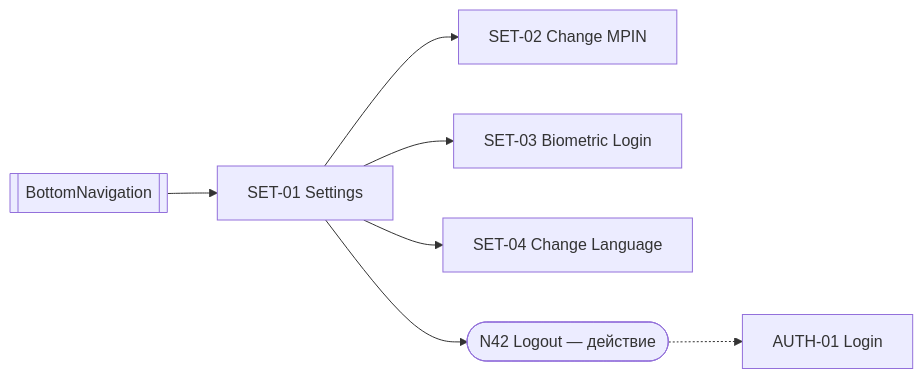
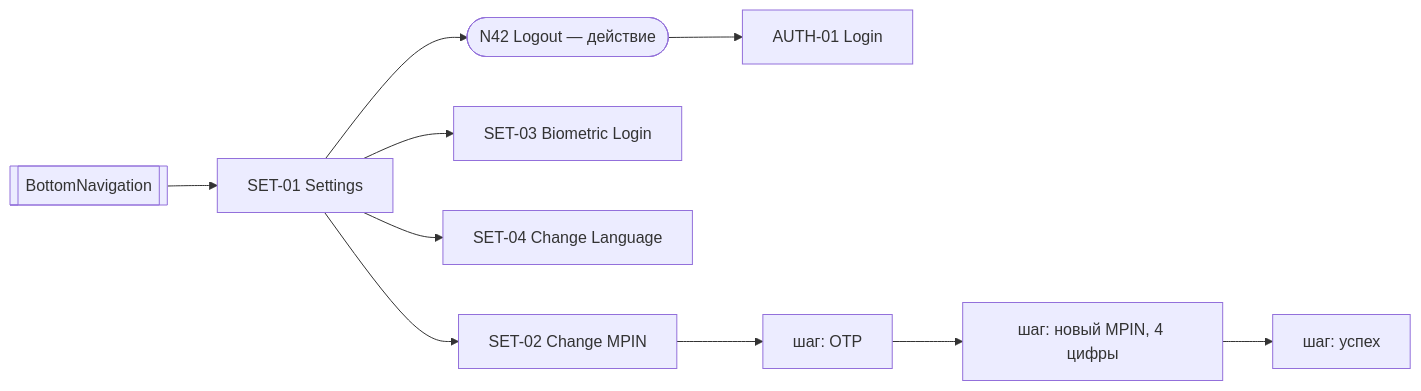
The fifth of 7 diagrams in docs/ui/USER_FLOWS.md (Shustrjak/claude_repo), drawn with Mermaid before and after one commit. The commit also changed other lines of this file and 6 other files, not shown here.

First line of the commit message:
Apply decisions D-07..D-15 to UI spec and roadmap

````diff
--- a/docs/ui/USER_FLOWS.md
+++ b/docs/ui/USER_FLOWS.md
@@ -137,9 +150,12 @@
 ```mermaid
 flowchart LR
   NAV[[BottomNavigation]] --> SET01[SET-01 Settings]
   SET01 --> SET02[SET-02 Change MPIN]
   SET01 --> SET03[SET-03 Biometric Login]
   SET01 --> SET04[SET-04 Change Language]
   SET01 --> LOGOUT([N42 Logout — действие])
-  LOGOUT -.-> AUTH01[AUTH-01 Login]
+  LOGOUT --> AUTH01[AUTH-01 Login]
+  SET02 --> OTP[шаг: OTP]
+  OTP --> NEWPIN[шаг: новый MPIN, 4 цифры]
+  NEWPIN --> OK[шаг: успех]
 ```
````
